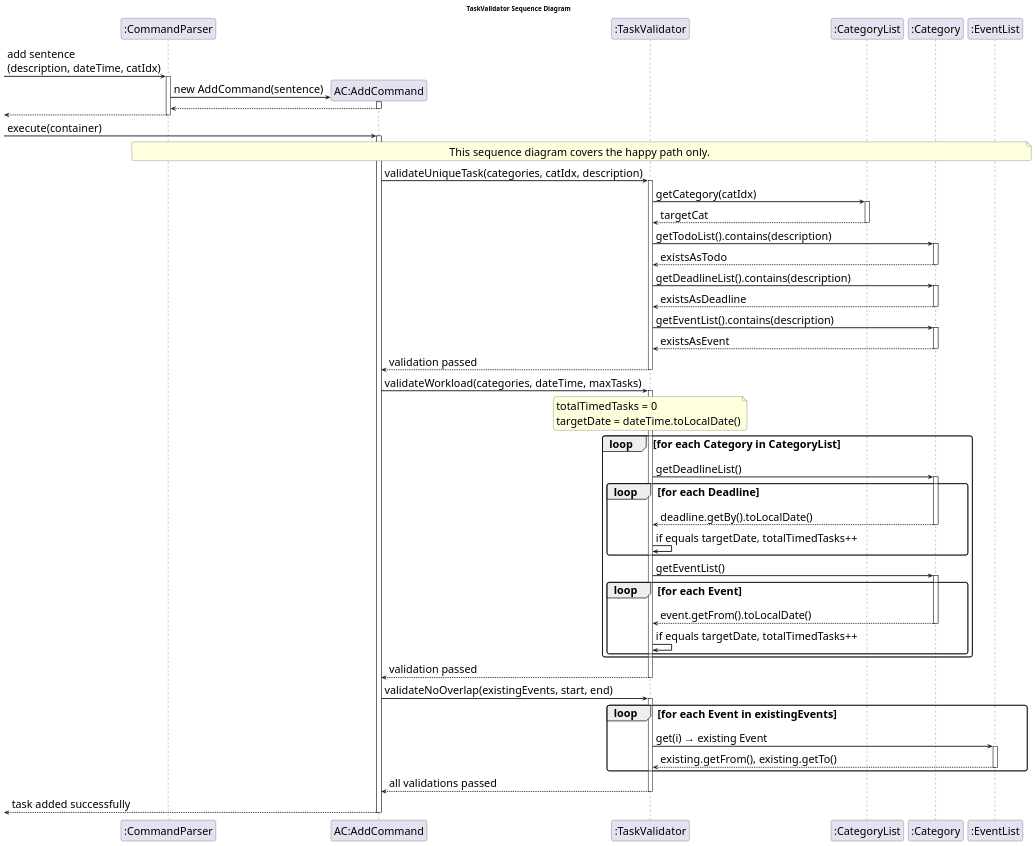
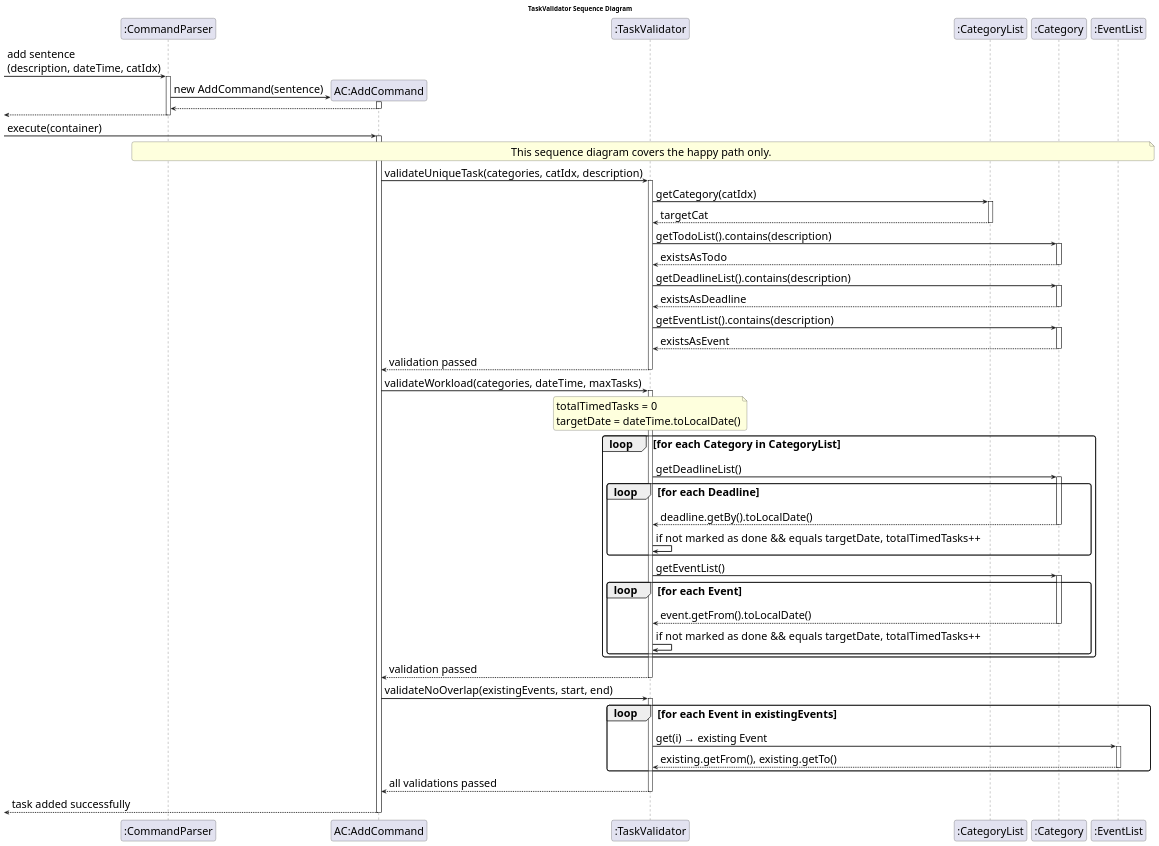
Before and after one commit to AY2526S2-CS2113-T14-3/tp: the diagram in docs/puml/TaskValidator.puml, drawn with PlantUML. The commit also changed 3 other files, not shown here.

Commit message:
Minor updates to Deadline class diagram and TaskValidator sequence diagram due to code change

```diff
--- a/docs/puml/TaskValidator.puml
+++ b/docs/puml/TaskValidator.puml
@@ -1,105 +1,105 @@
 @startuml TaskValidatorSequenceDiagram
 
 
 skinparam sequenceArrowThickness 2
 skinparam roundcorner 10
 skinparam DefaultFontSize 24
 skinparam ArrowFontSize 24
 
 title TaskValidator Sequence Diagram
 
 participant ":CommandParser" as CP
 
 -> CP : add sentence \n(description, dateTime, catIdx)
 activate CP
 
 create "AC:AddCommand" as AC
 CP -> AC : new AddCommand(sentence)
 activate AC
 AC --> CP
 deactivate AC
 <-- CP
 deactivate CP
 
 
 -> AC : execute(container)
 activate AC
 participant ":TaskValidator" as TV
 participant ":CategoryList" as CL
 participant ":Category" as CAT
 participant ":EventList" as EL
 note over CP,EL : This sequence diagram covers the happy path only.
 
 '─── Step 1: Unique Task ───────────────────────────────────
 AC -> TV : validateUniqueTask(categories, catIdx, description)
 activate TV
 
 TV -> CL : getCategory(catIdx)
 activate CL
 CL --> TV : targetCat
 deactivate CL
 
 TV -> CAT : getTodoList().contains(description)
 activate CAT
 CAT --> TV : existsAsTodo
 deactivate CAT
 
 TV -> CAT : getDeadlineList().contains(description)
 activate CAT
 CAT --> TV : existsAsDeadline
 deactivate CAT
 
 TV -> CAT : getEventList().contains(description)
 activate CAT
 CAT --> TV : existsAsEvent
 deactivate CAT
 
 TV --> AC : validation passed
 deactivate TV
 
 '─── Step 2: Workload ──────────────────────────────────────
 AC -> TV : validateWorkload(categories, dateTime, maxTasks)
 activate TV
 
 note over TV : totalTimedTasks = 0\ntargetDate = dateTime.toLocalDate()
 
 loop for each Category in CategoryList
     TV -> CAT : getDeadlineList()
     activate CAT
     loop for each Deadline
         CAT --> TV : deadline.getBy().toLocalDate()
         deactivate CAT
-        TV -> TV : if equals targetDate, totalTimedTasks++
+        TV -> TV : if not marked as done && equals targetDate, totalTimedTasks++
     end
 
     TV -> CAT : getEventList()
     activate CAT
     loop for each Event
         CAT --> TV : event.getFrom().toLocalDate()
         deactivate CAT
-        TV -> TV : if equals targetDate, totalTimedTasks++
+        TV -> TV : if not marked as done && equals targetDate, totalTimedTasks++
     end
     deactivate CAT
 end
 
 TV --> AC : validation passed
 deactivate TV
 
 '─── Step 3: Overlap (Events only) ────────────────────────
 AC -> TV : validateNoOverlap(existingEvents, start, end)
 activate TV
 
 loop for each Event in existingEvents
     TV -> EL : get(i) → existing Event
     activate EL
     EL --> TV : existing.getFrom(), existing.getTo()
     deactivate EL
 end
 
 TV --> AC : all validations passed
 deactivate TV
 
  <-- AC : task added successfully
 deactivate AC
 
 @enduml
```
